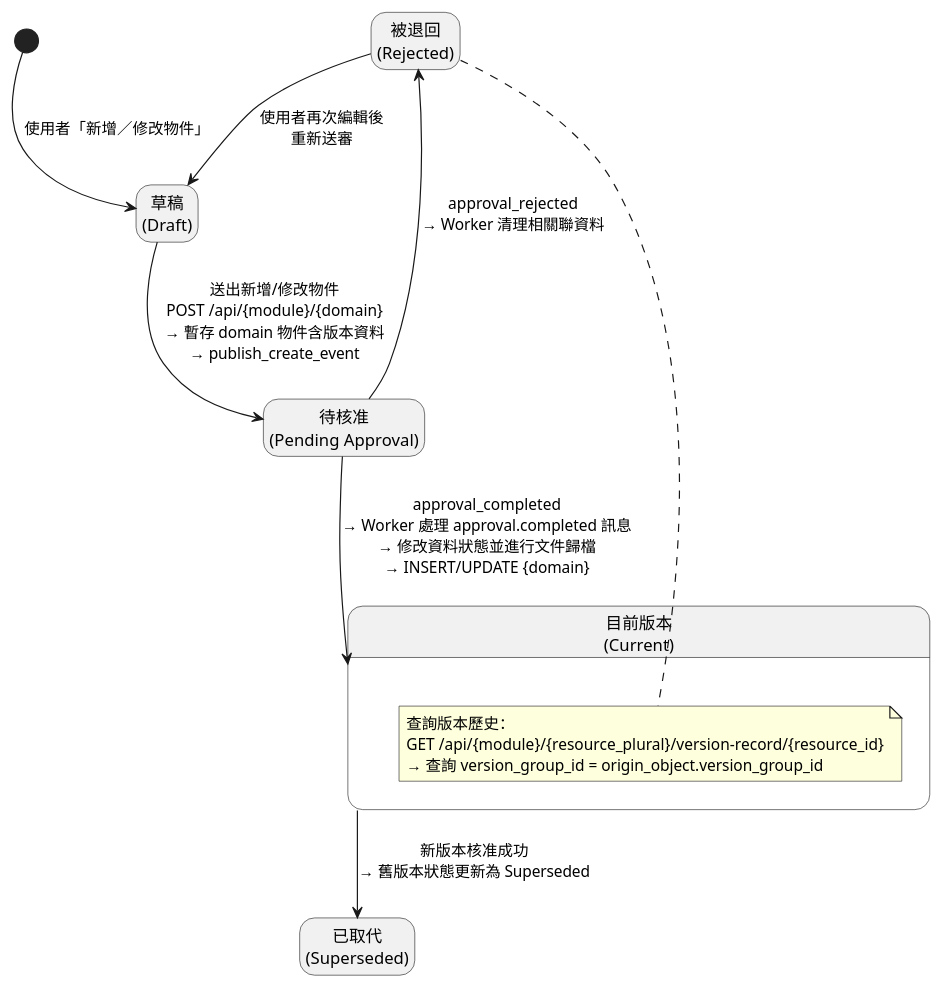
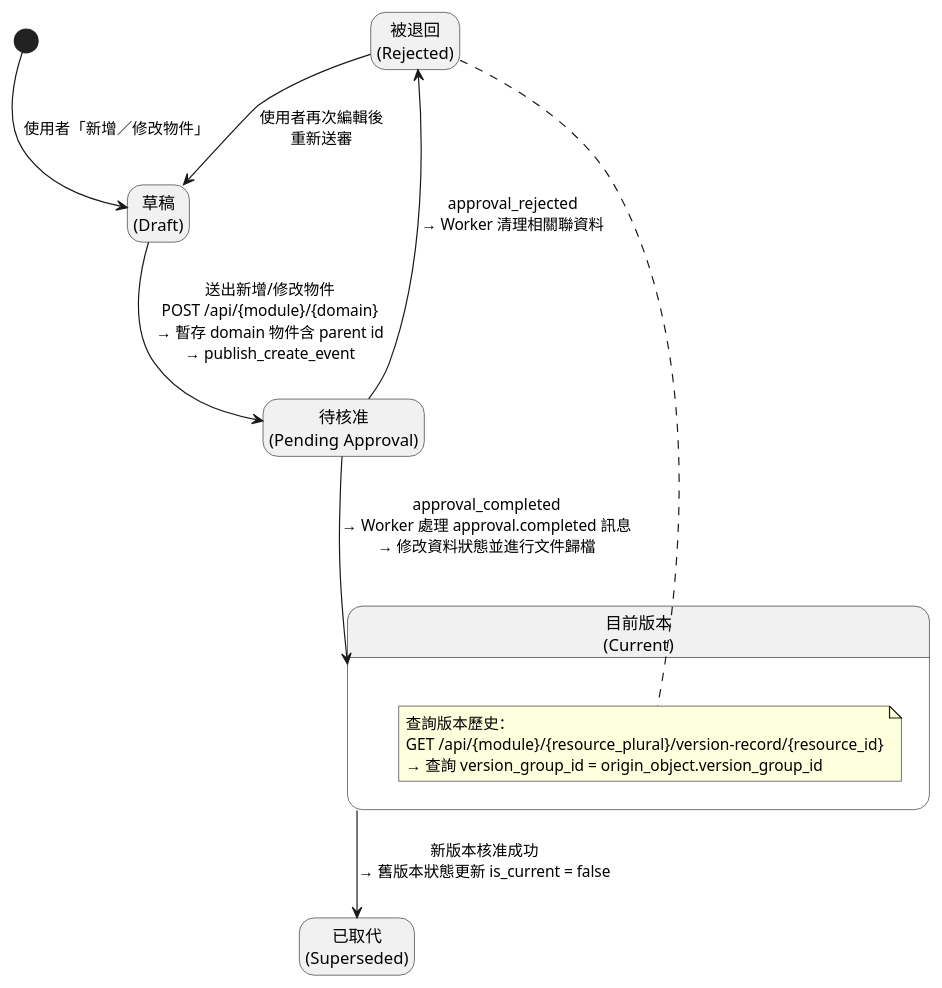
Before and after one commit to walle45611/NTUB_SecuManag_Diagram: the diagram in plantUML/state/version_manage.puml, drawn with PlantUML. The commit also changed 3 other files, not shown here.

Commit message:
feat: 更新資產、ISMS 設定、風險及版本管理的狀態圖，調整 API 路徑及描述以反映最新的業務邏輯

```diff
--- a/plantUML/state/version_manage.puml
+++ b/plantUML/state/version_manage.puml
@@ -1,27 +1,27 @@
 @startuml
 
 hide empty description
 
 [*] --> Draft : 使用者「新增／修改物件」
 state "草稿\n(Draft)" as Draft <<draft>>
 
-Draft --> PendingApproval : 送出新增/修改物件\nPOST /api/{module}/{domain}\n→ 暫存 domain 物件含版本資料\n→ publish_create_event
+Draft --> PendingApproval : 送出新增/修改物件\nPOST /api/{module}/{domain}\n→ 暫存 domain 物件含 parent id\n→ publish_create_event
 state "待核准\n(Pending Approval)" as PendingApproval <<approval>>
 
-PendingApproval --> Current  : approval_completed\n→ Worker 處理 approval.completed 訊息\n→ 修改資料狀態並進行文件歸檔\n→ INSERT/UPDATE {domain}
+PendingApproval --> Current  : approval_completed\n→ Worker 處理 approval.completed 訊息\n→ 修改資料狀態並進行文件歸檔\n
 PendingApproval --> Rejected : approval_rejected\n→ Worker 清理相關聯資料
 state "被退回\n(Rejected)" as Rejected <<error>>
 Rejected --> Draft : 使用者再次編輯後\n重新送審
 
 state "目前版本\n(Current)" as Current <<current>> {
   note right
     查詢版本歷史：
     GET /api/{module}/{resource_plural}/version-record/{resource_id}
     → 查詢 version_group_id = origin_object.version_group_id
   end note
 }
 
-Current --> Superseded : 新版本核准成功\n→ 舊版本狀態更新為 Superseded
+Current --> Superseded : 新版本核准成功\n→ 舊版本狀態更新 is_current = false
 state "已取代\n(Superseded)" as Superseded <<terminal>>
 
 @enduml
```
